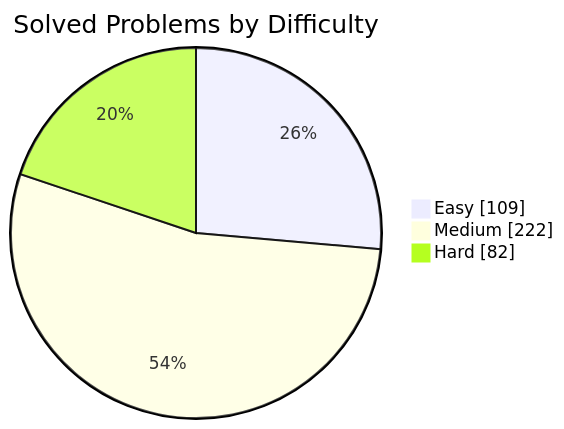
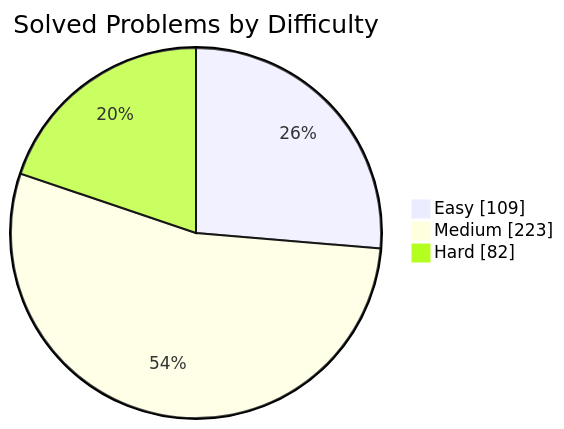
Before and after one commit to manikantbindass/DSA-Preparation-FAANG: the first of 2 diagrams in README.md, drawn with Mermaid. The commit also changed other lines of this file and 1 other file, not shown here.

````diff
--- a/README.md
+++ b/README.md
@@ -77,7 +77,7 @@
 ```mermaid
 pie showData
     title Solved Problems by Difficulty
     "Easy" : 109
-    "Medium" : 222
+    "Medium" : 223
     "Hard" : 82
 ```
````
